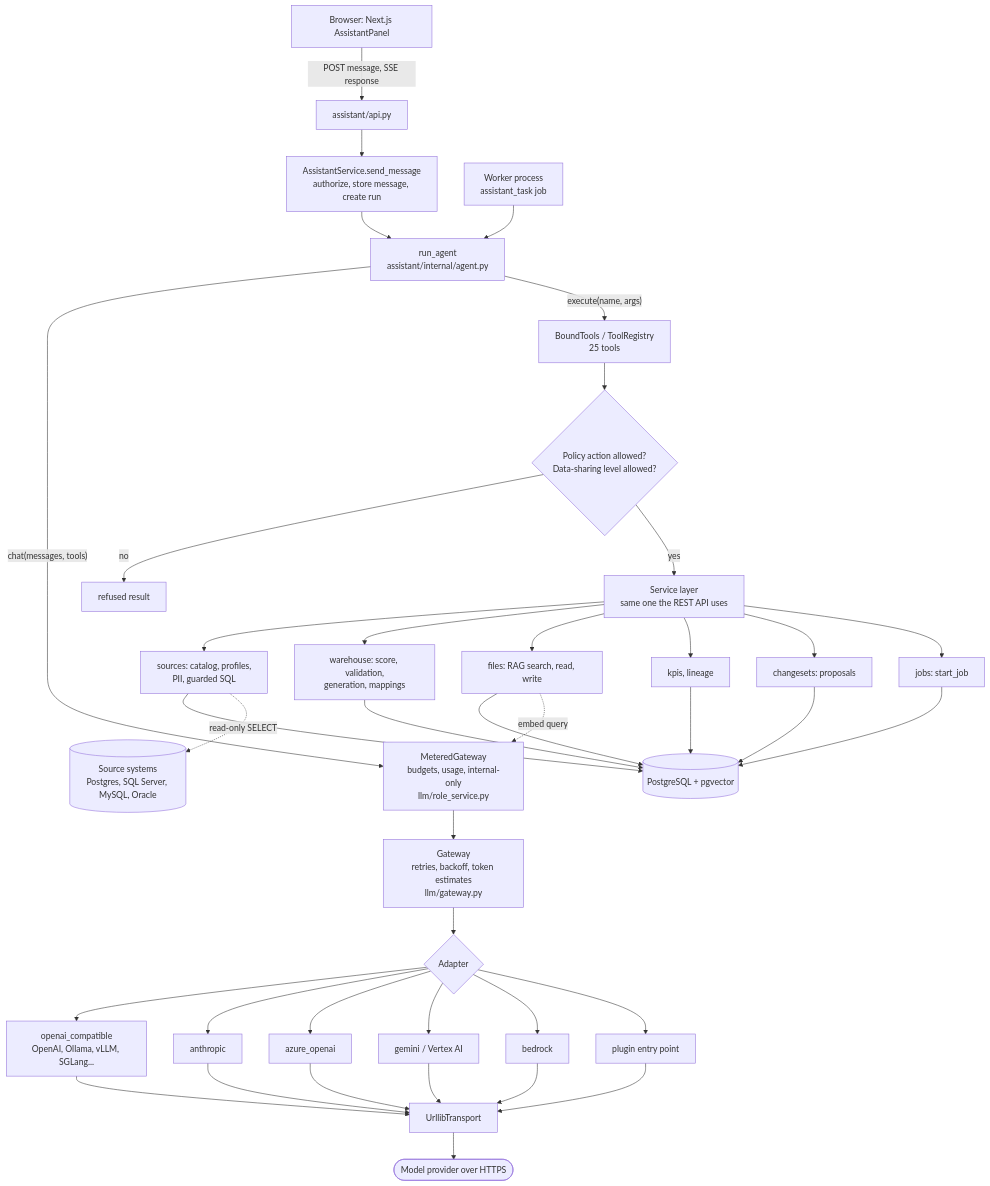
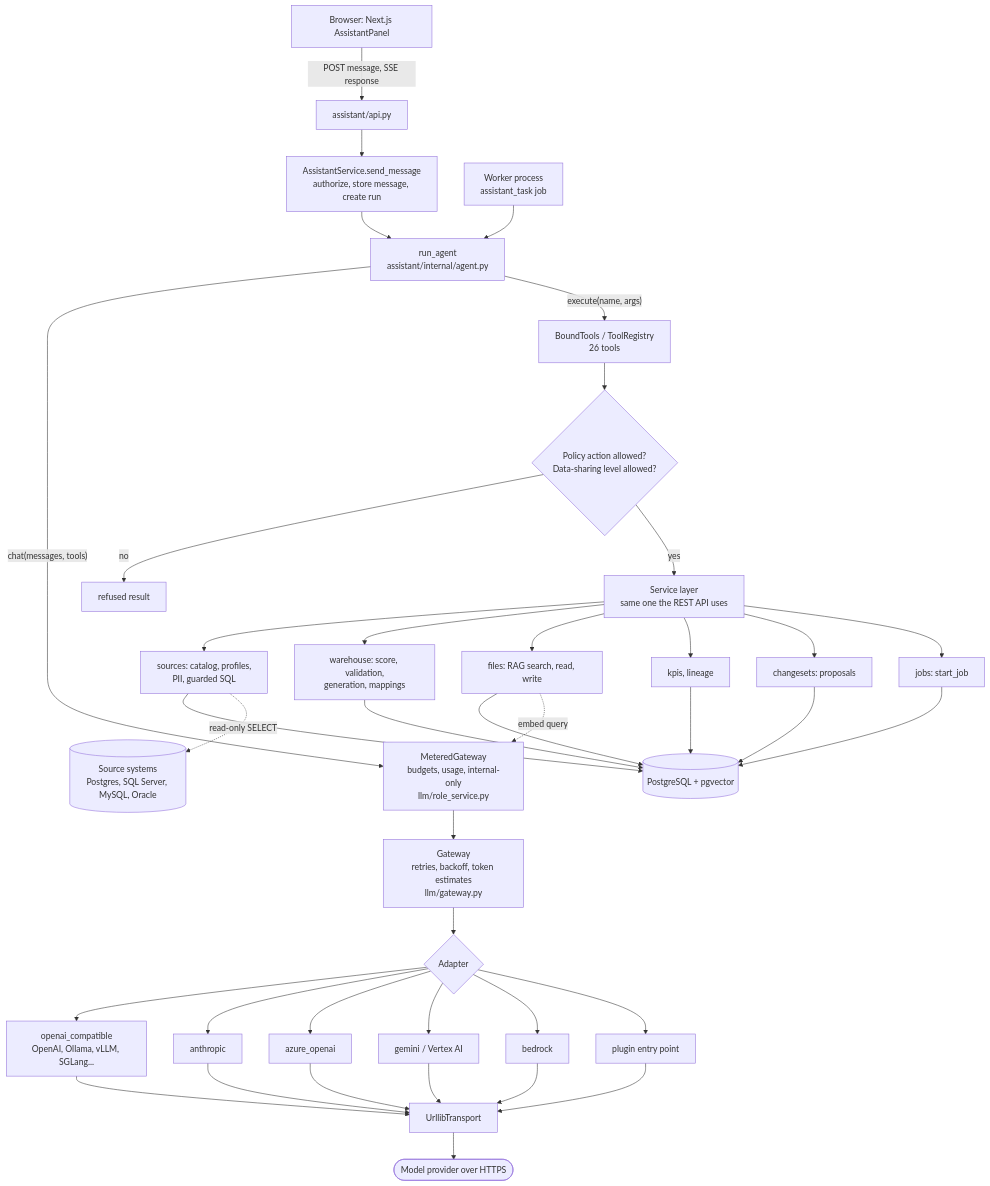
One commit to EslamAlaaZaki/dawam changed the first of 13 diagrams in docs/ai-architecture.md. Above: the diagram before and after it, drawn with Mermaid. The commit also changed other lines of this file and 1 other file, not shown here.

````diff
--- a/docs/ai-architecture.md
+++ b/docs/ai-architecture.md
@@ -47,32 +48,32 @@
 ```mermaid
 flowchart TD
     UI["Browser: Next.js AssistantPanel"] -->|"POST message, SSE response"| API["assistant/api.py"]
     API --> SVC["AssistantService.send_message<br/>authorize, store message, create run"]
     SVC --> LOOP["run_agent<br/>assistant/internal/agent.py"]
     WORKER["Worker process<br/>assistant_task job"] --> LOOP
 
     LOOP -->|"chat(messages, tools)"| MG["MeteredGateway<br/>budgets, usage, internal-only<br/>llm/role_service.py"]
     MG --> GW["Gateway<br/>retries, backoff, token estimates<br/>llm/gateway.py"]
     GW --> AD{"Adapter"}
     AD --> A1["openai_compatible<br/>OpenAI, Ollama, vLLM, SGLang..."]
     AD --> A2["anthropic"]
     AD --> A3["azure_openai"]
     AD --> A4["gemini / Vertex AI"]
     AD --> A5["bedrock"]
     AD --> A6["plugin entry point"]
     A1 & A2 & A3 & A4 & A5 & A6 --> TR["UrllibTransport"] --> P(["Model provider over HTTPS"])
 
-    LOOP -->|"execute(name, args)"| TOOLS["BoundTools / ToolRegistry<br/>25 tools"]
+    LOOP -->|"execute(name, args)"| TOOLS["BoundTools / ToolRegistry<br/>26 tools"]
     TOOLS --> AUTHZ{"Policy action allowed?<br/>Data-sharing level allowed?"}
     AUTHZ -->|no| REF["refused result"]
     AUTHZ -->|yes| SL["Service layer<br/>same one the REST API uses"]
     SL --> S1["sources: catalog, profiles,<br/>PII, guarded SQL"]
     SL --> S2["warehouse: score, validation,<br/>generation, mappings"]
     SL --> S3["files: RAG search, read, write"]
     SL --> S4["kpis, lineage"]
     SL --> S5["changesets: proposals"]
     SL --> S6["jobs: start_job"]
     S1 & S2 & S3 & S4 & S5 & S6 --> DB[("PostgreSQL + pgvector")]
     S1 -.->|"read-only SELECT"| SRC[("Source systems<br/>Postgres, SQL Server, MySQL, Oracle")]
     S3 -.->|"embed query"| MG
 ```
````
